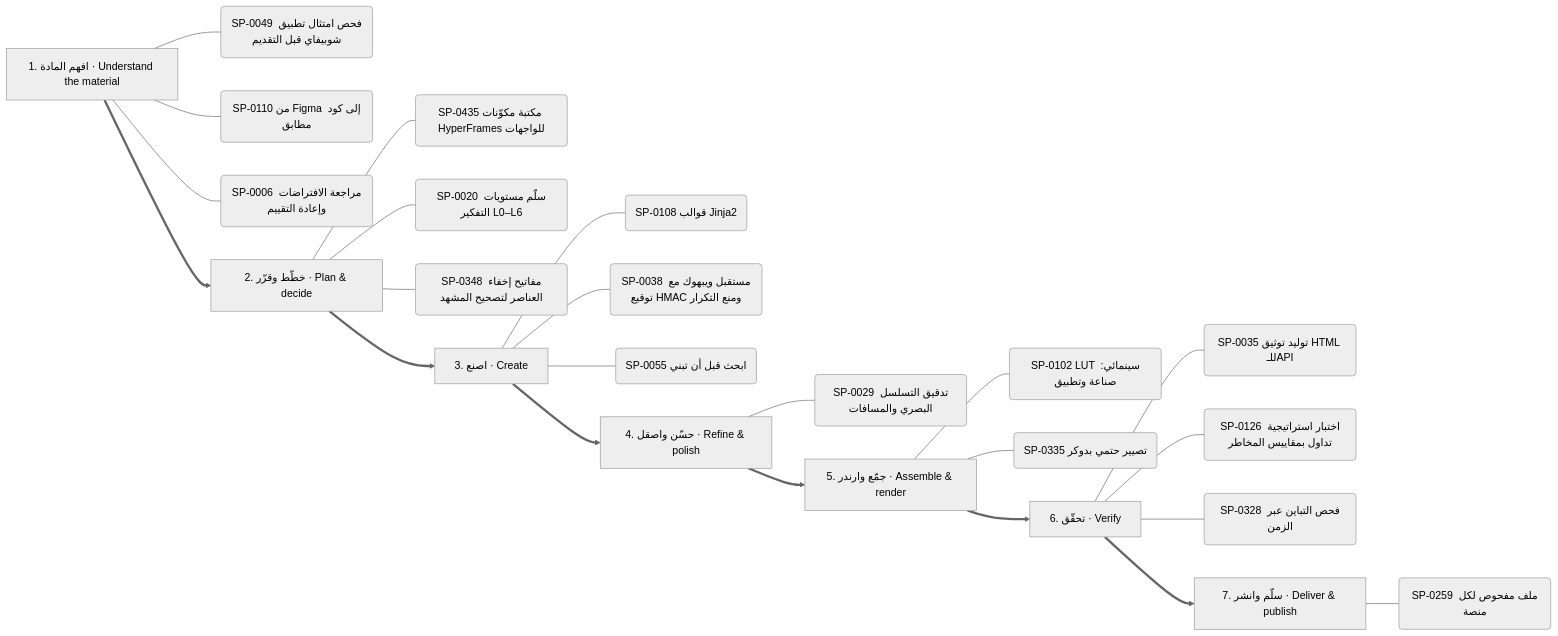
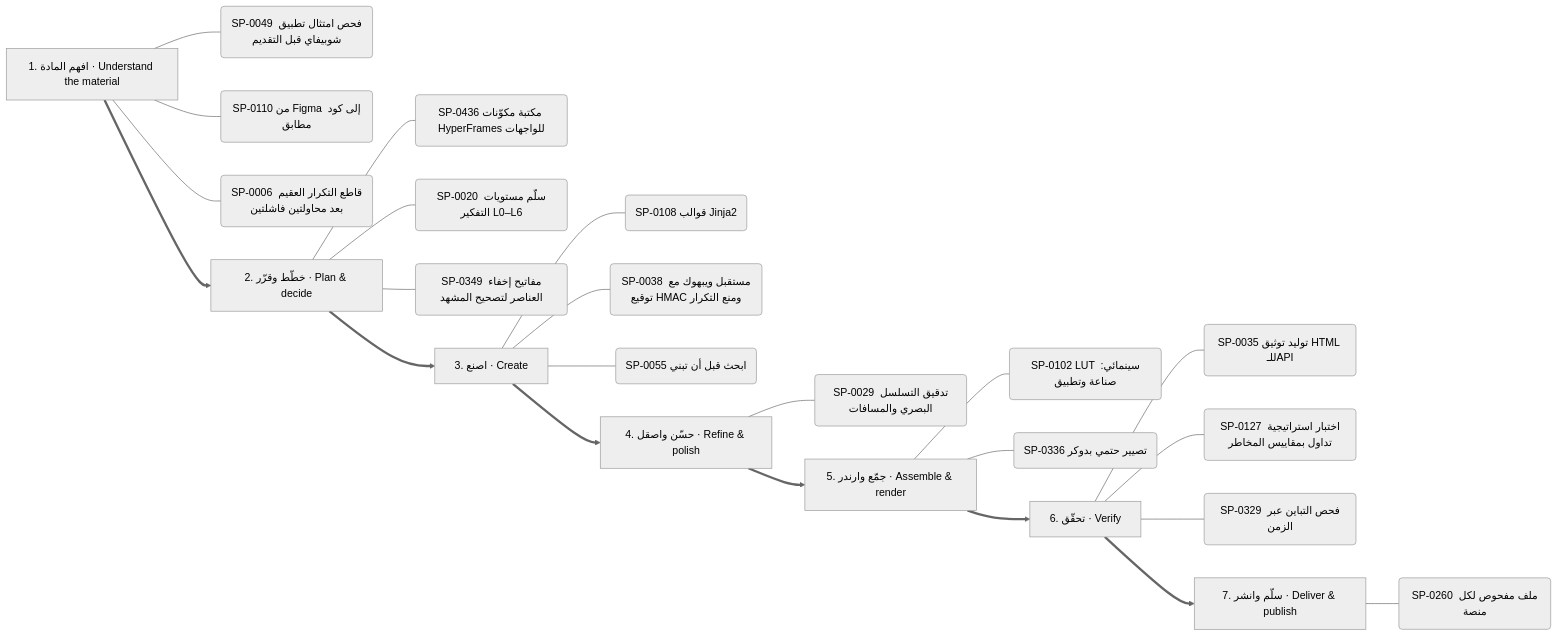
The ninth of 13 diagrams in .claude/skills/kosif-superpowers/references/capability-mindmap.md (kosif199022-jpg/kosif-tool), drawn with Mermaid (neutral theme) before and after one commit. The commit also changed other lines of this file and 36 other files, not shown here.

````diff
--- a/.claude/skills/kosif-superpowers/references/capability-mindmap.md
+++ b/.claude/skills/kosif-superpowers/references/capability-mindmap.md
@@ -451,32 +453,32 @@
 ```mermaid
 flowchart LR
   S0["1. افهم المادة · Understand the material"]
   S0 --- S0_0("SP-0049 فحص امتثال تطبيق شوبيفاي قبل التقديم")
   S0 --- S0_1("SP-0110 من Figma إلى كود مطابق")
-  S0 --- S0_2("SP-0006 مراجعة الافتراضات وإعادة التقييم")
+  S0 --- S0_2("SP-0006 قاطع التكرار العقيم بعد محاولتين فاشلتين")
   S1["2. خطّط وقرّر · Plan & decide"]
-  S1 --- S1_0("SP-0435 مكتبة مكوّنات HyperFrames للواجهات")
+  S1 --- S1_0("SP-0436 مكتبة مكوّنات HyperFrames للواجهات")
   S1 --- S1_1("SP-0020 سلّم مستويات التفكير L0–L6")
-  S1 --- S1_2("SP-0348 مفاتيح إخفاء العناصر لتصحيح المشهد")
+  S1 --- S1_2("SP-0349 مفاتيح إخفاء العناصر لتصحيح المشهد")
   S0 ==> S1
   S2["3. اصنع · Create"]
   S2 --- S2_0("SP-0108 قوالب Jinja2")
   S2 --- S2_1("SP-0038 مستقبل ويبهوك مع توقيع HMAC ومنع التكرار")
   S2 --- S2_2("SP-0055 ابحث قبل أن تبني")
   S1 ==> S2
   S3["4. حسّن واصقل · Refine & polish"]
   S3 --- S3_0("SP-0029 تدقيق التسلسل البصري والمسافات")
   S2 ==> S3
   S4["5. جمّع وارندر · Assemble & render"]
   S4 --- S4_0("SP-0102 LUT سينمائي: صناعة وتطبيق")
-  S4 --- S4_1("SP-0335 تصيير حتمي بدوكر")
+  S4 --- S4_1("SP-0336 تصيير حتمي بدوكر")
   S3 ==> S4
   S5["6. تحقّق · Verify"]
   S5 --- S5_0("SP-0035 توليد توثيق HTML للـAPI")
-  S5 --- S5_1("SP-0126 اختبار استراتيجية تداول بمقاييس المخاطر")
-  S5 --- S5_2("SP-0328 فحص التباين عبر الزمن")
+  S5 --- S5_1("SP-0127 اختبار استراتيجية تداول بمقاييس المخاطر")
+  S5 --- S5_2("SP-0329 فحص التباين عبر الزمن")
   S4 ==> S5
   S6["7. سلّم وانشر · Deliver & publish"]
-  S6 --- S6_0("SP-0259 ملف مفحوص لكل منصة")
+  S6 --- S6_0("SP-0260 ملف مفحوص لكل منصة")
   S5 ==> S6
 ```
````
